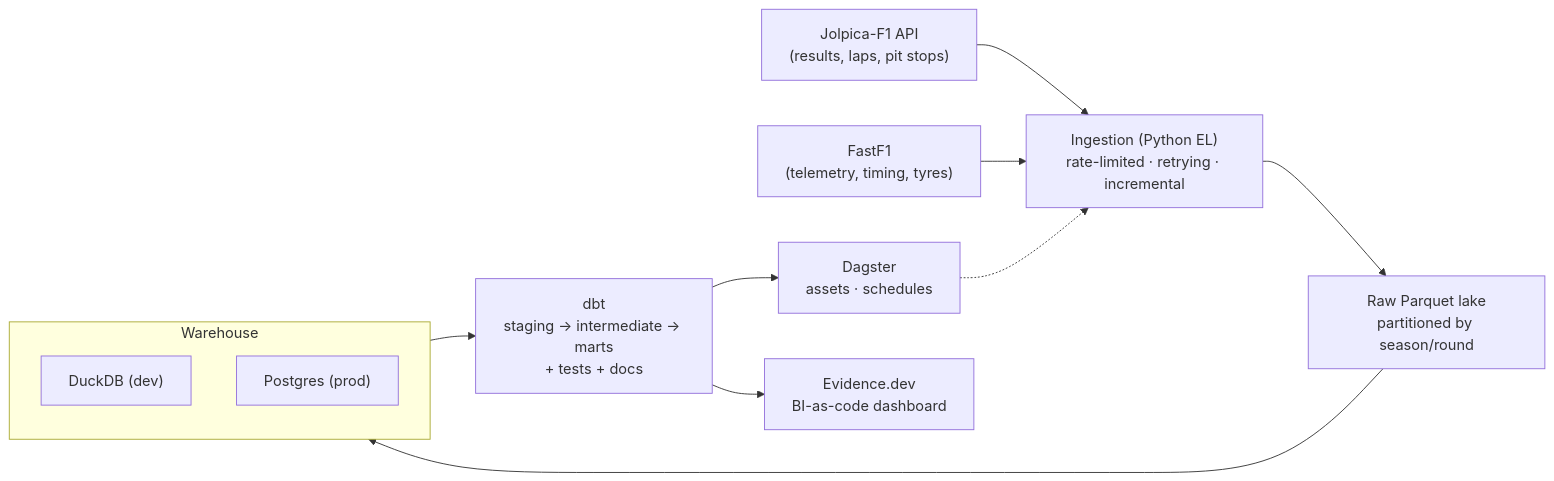
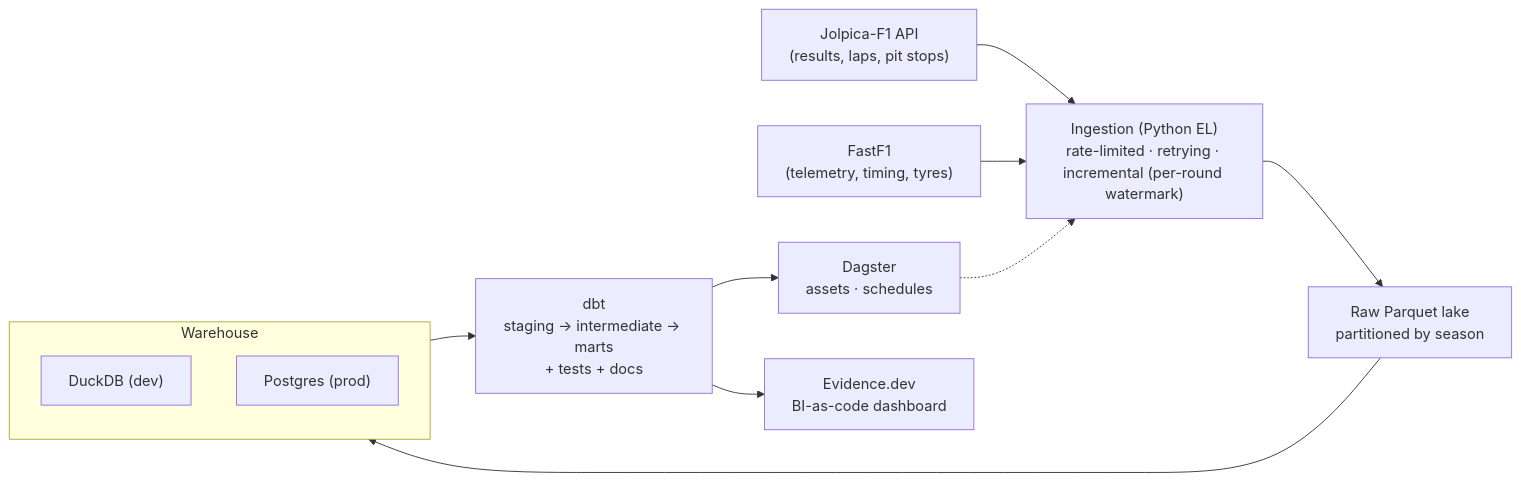
One commit to denzlswaggin/f1-data-analytics changed the diagram in README.md. Above: the diagram before and after it, drawn with Mermaid.

Commit message:
docs(readme): correct the lake-partitioning claim; sharpen incremental note
The architecture diagram labelled the raw lake "partitioned by season/round",
but it is partitioned by season only (lake.py writes season=<n>/data.parquet).
Fix that, and note ingestion is incremental via a per-round watermark (now
that the loader supports round-aware append) rather than leaving "incremental"
unqualified.

````diff
--- a/README.md
+++ b/README.md
@@ -54,15 +54,15 @@
 ```mermaid
 flowchart LR
     J["Jolpica-F1 API\n(results, laps, pit stops)"] --> ING
     F["FastF1\n(telemetry, timing, tyres)"] --> ING
-    ING["Ingestion (Python EL)\nrate-limited · retrying · incremental"] --> LAKE["Raw Parquet lake\npartitioned by season/round"]
+    ING["Ingestion (Python EL)\nrate-limited · retrying · incremental (per-round watermark)"] --> LAKE["Raw Parquet lake\npartitioned by season"]
     LAKE --> WH
     subgraph WH["Warehouse"]
       DUCK["DuckDB (dev)"]
       PG["Postgres (prod)"]
     end
     WH --> DBT["dbt\nstaging → intermediate → marts\n+ tests + docs"]
     DBT --> DAG["Dagster\nassets · schedules"]
     DBT --> EV["Evidence.dev\nBI-as-code dashboard"]
     DAG -.-> ING
 ```
````
